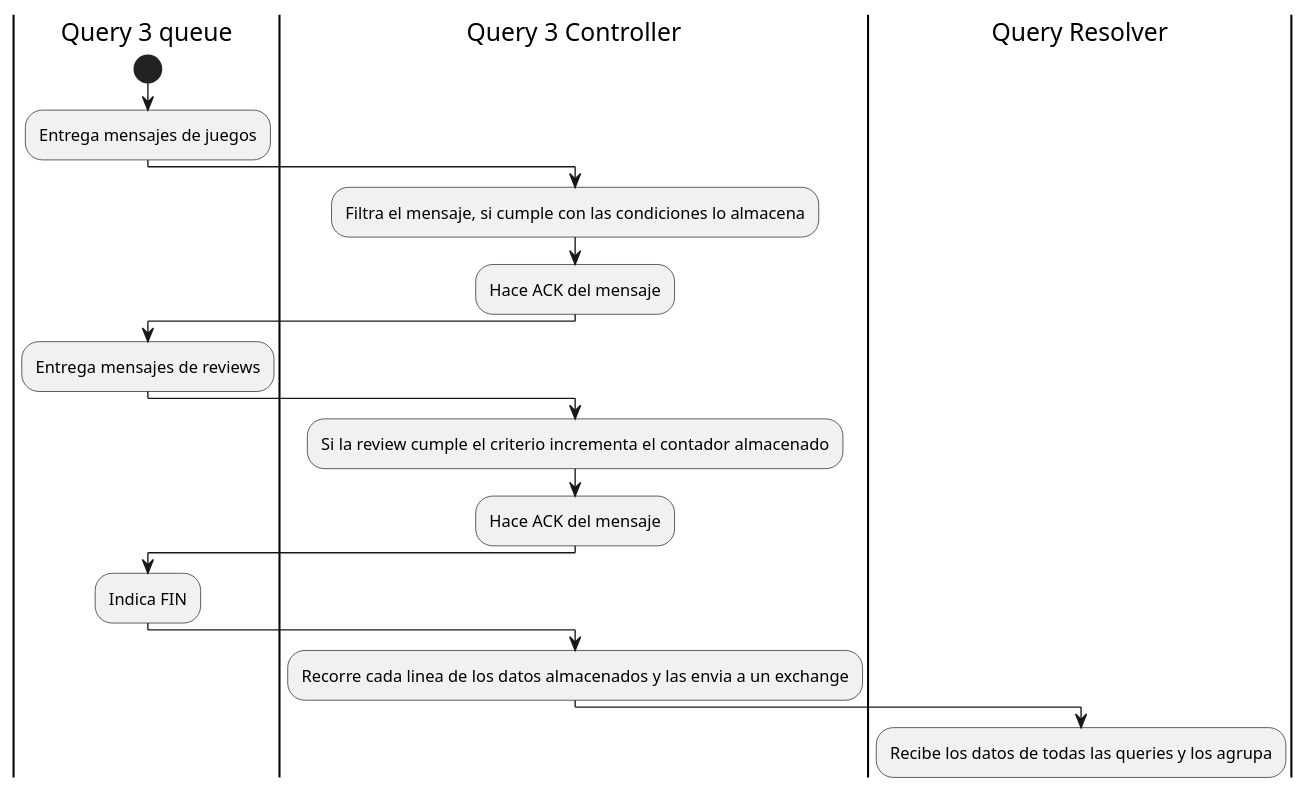
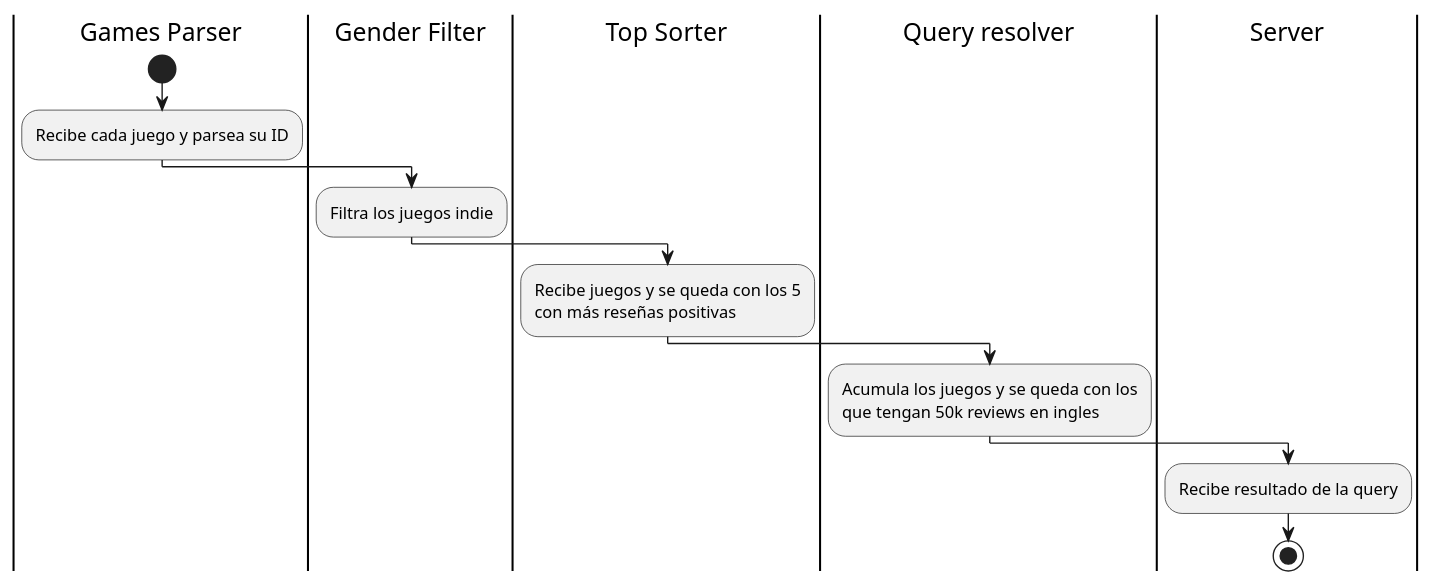
The diagram in diagrams/activity/query3.puml (AbrahamOsco/TP1-Distribuidos), drawn with PlantUML before and after one commit. The commit also changed 5 other files, not shown here.

Commit message:
feat: updated activity diagrams

```diff
--- a/diagrams/activity/query3.puml
+++ b/diagrams/activity/query3.puml
@@ -1,25 +1,14 @@
 @startuml
-|Query 3 queue|
+   |Games Parser|
 start
-:Entrega mensajes de juegos;
-
-|Query 3 Controller|
-:Filtra el mensaje, si cumple con las condiciones lo almacena;
-:Hace ACK del mensaje;
-
-|Query 3 queue|
-:Entrega mensajes de reviews;
-
-|Query 3 Controller|
-:Si la review cumple el criterio incrementa el contador almacenado;
-:Hace ACK del mensaje;
-
-|Query 3 queue|
-:Indica FIN;
-
-|Query 3 Controller|
-:Recorre cada linea de los datos almacenados y las envia a un exchange;
-
-|Query Resolver|
-:Recibe los datos de todas las queries y los agrupa;
+   :Recibe cada juego y parsea su ID;
+   |Gender Filter|
+   :Filtra los juegos indie;
+   |Top Sorter|
+   :Recibe juegos y se queda con los 5\ncon más reseñas positivas;
+   |Query resolver|
+   :Acumula los juegos y se queda con los\nque tengan 50k reviews en ingles;
+   |Server|
+   :Recibe resultado de la query;
+stop
 @enduml
```
